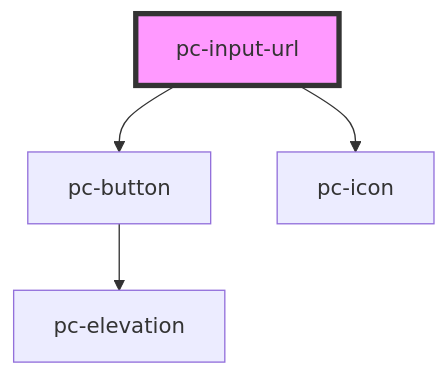
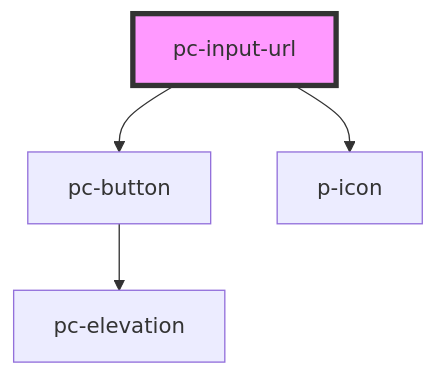
One commit to redvars/peacock changed the diagram in src/components/input-controls/input/input-url/readme.md. Above: the diagram before and after it, drawn with Mermaid. The commit also changed other lines of this file and 94 other files, not shown here.

````diff
--- a/src/components/input-controls/input/input-url/readme.md
+++ b/src/components/input-controls/input/input-url/readme.md
@@ -93,7 +93,7 @@
 ```mermaid
 graph TD;
   pc-input-url --> pc-button
-  pc-input-url --> pc-icon
+  pc-input-url --> p-icon
   pc-button --> pc-elevation
   style pc-input-url fill:#f9f,stroke:#333,stroke-width:4px
 ```
````
